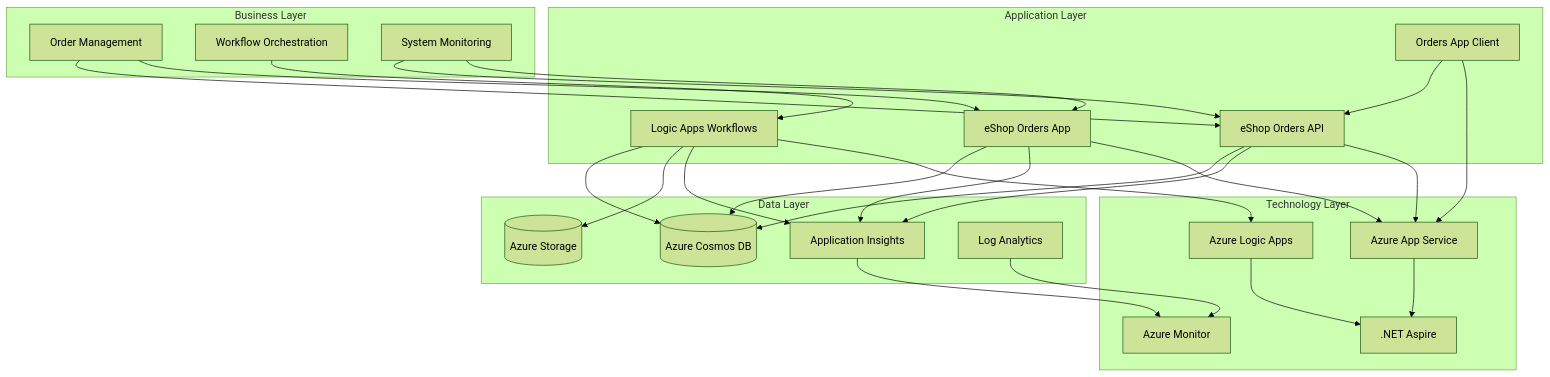
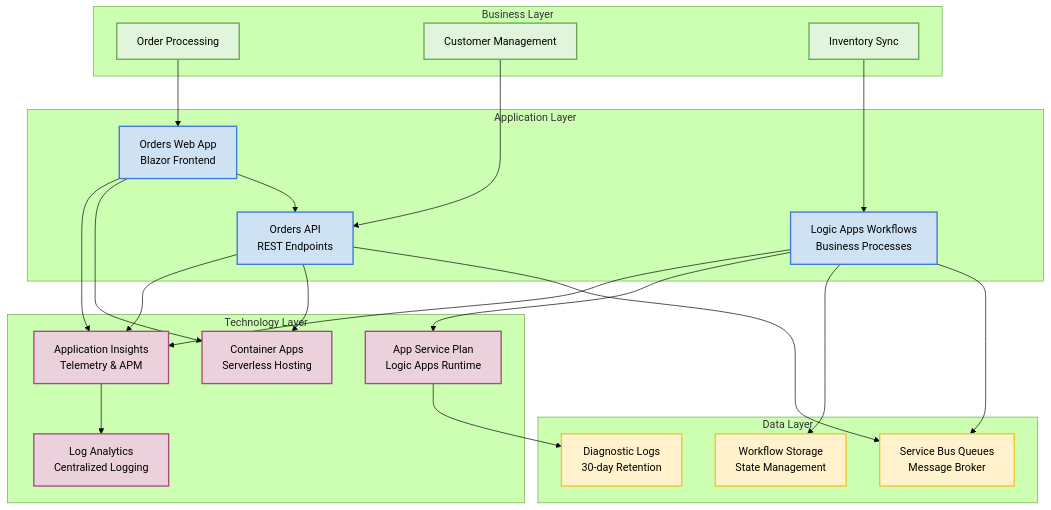
The first of 3 diagrams in README.md (Evilazaro/Azure-LogicApps-Monitoring), drawn with Mermaid (forest theme) before and after one commit. The commit also changed other lines of this file, not shown here.

````diff
--- a/README.md
+++ b/README.md
@@ -107,53 +115,52 @@
 ```mermaid
 graph TB
     subgraph "Business Layer"
-        B1[Order Management]
-        B2[Workflow Orchestration]
-        B3[System Monitoring]
+        BUS1[Order Processing]:::business
+        BUS2[Customer Management]:::business
+        BUS3[Inventory Sync]:::business
     end
 
     subgraph "Application Layer"
-        A1[eShop Orders API]
-        A2[eShop Orders App]
-        A3[Orders App Client]
-        A4[Logic Apps Workflows]
+        APP1[Orders Web App<br/>Blazor Frontend]:::application
+        APP2[Orders API<br/>REST Endpoints]:::application
+        APP3[Logic Apps Workflows<br/>Business Processes]:::application
     end
 
     subgraph "Data Layer"
-        D1[(Azure Cosmos DB)]
-        D2[(Azure Storage)]
-        D3[Application Insights]
-        D4[Log Analytics]
+        DATA1[Service Bus Queues<br/>Message Broker]:::data
+        DATA2[Workflow Storage<br/>State Management]:::data
+        DATA3[Diagnostic Logs<br/>30-day Retention]:::data
     end
 
     subgraph "Technology Layer"
-        T1[Azure App Service]
-        T2[Azure Logic Apps]
-        T3[Azure Monitor]
-        T4[.NET Aspire]
+        TECH1[Container Apps<br/>Serverless Hosting]:::technology
+        TECH2[App Service Plan<br/>Logic Apps Runtime]:::technology
+        TECH3[Application Insights<br/>Telemetry & APM]:::technology
+        TECH4[Log Analytics<br/>Centralized Logging]:::technology
     end
 
-    B1 --> A1
-    B1 --> A2
-    B2 --> A4
-    B3 --> A1
-    B3 --> A2
+    BUS1 --> APP1
+    BUS2 --> APP2
+    BUS3 --> APP3
+    
+    APP1 --> APP2
+    APP2 --> DATA1
+    APP3 --> DATA1
+    APP3 --> DATA2
+    
+    APP1 --> TECH1
+    APP2 --> TECH1
+    APP3 --> TECH2
+    
+    APP1 --> TECH3
+    APP2 --> TECH3
+    APP3 --> TECH3
+    
+    TECH3 --> TECH4
+    TECH2 --> DATA3
 
-    A1 --> D1
-    A1 --> D3
-    A2 --> D1
-    A2 --> D3
-    A3 --> A1
-    A4 --> D1
-    A4 --> D2
-    A4 --> D3
-
-    A1 --> T1
-    A2 --> T1
-    A3 --> T1
-    A4 --> T2
-    D3 --> T3
-    D4 --> T3
-    T1 --> T4
-    T2 --> T4
+    classDef business fill:#e1f5dd,stroke:#6aa84f,stroke-width:2px,color:#000
+    classDef application fill:#cfe2f3,stroke:#3c78d8,stroke-width:2px,color:#000
+    classDef data fill:#fff2cc,stroke:#f1c232,stroke-width:2px,color:#000
+    classDef technology fill:#ead1dc,stroke:#a64d79,stroke-width:2px,color:#000
 ```
````
